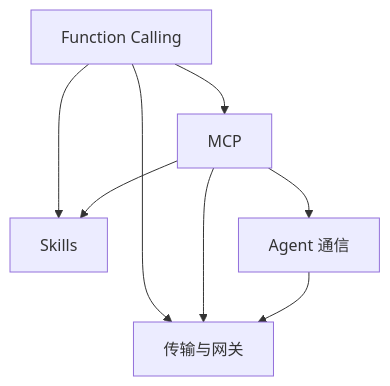
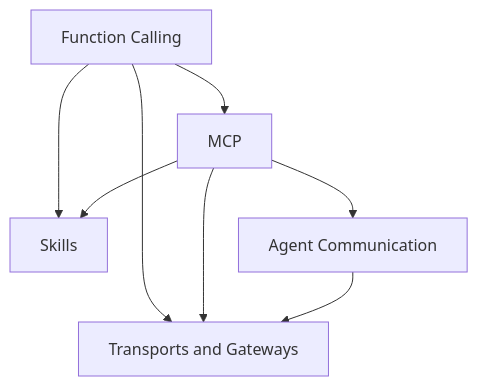
Before and after one commit to oneleaveknowsthefall/awesome-ai-roadmap: the diagram in docs/tools/README.md, drawn with Mermaid. The commit also changed other lines of this file and 42 other files, not shown here.

````diff
--- a/docs/tools/README.md
+++ b/docs/tools/README.md
@@ -31,10 +31,10 @@
 ```mermaid
 flowchart TB
     FC[Function Calling] --> MCP[MCP]
     FC --> SK[Skills]
     MCP --> SK
-    MCP --> A2A[Agent 通信]
-    FC --> TG[传输与网关]
+    MCP --> A2A[Agent Communication]
+    FC --> TG[Transports and Gateways]
     MCP --> TG
     A2A --> TG
 ```
````
